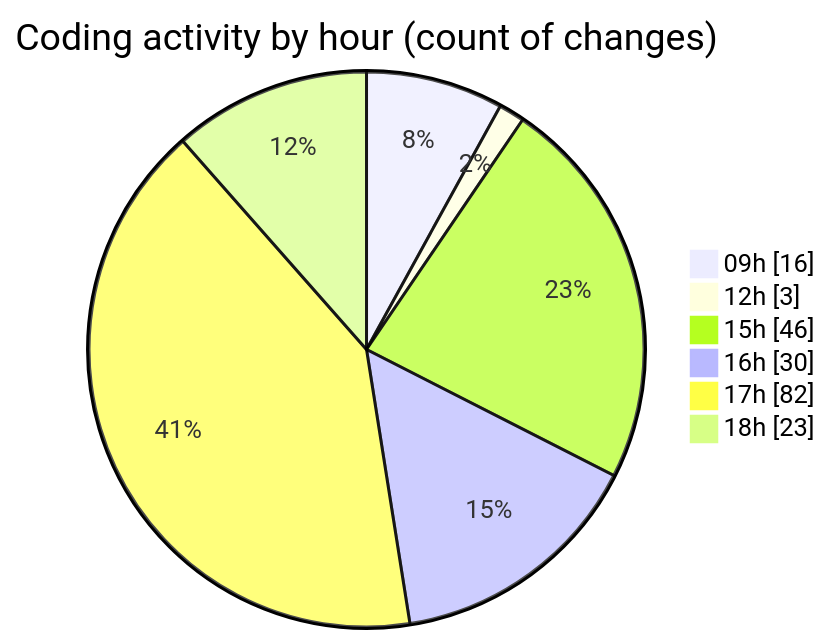
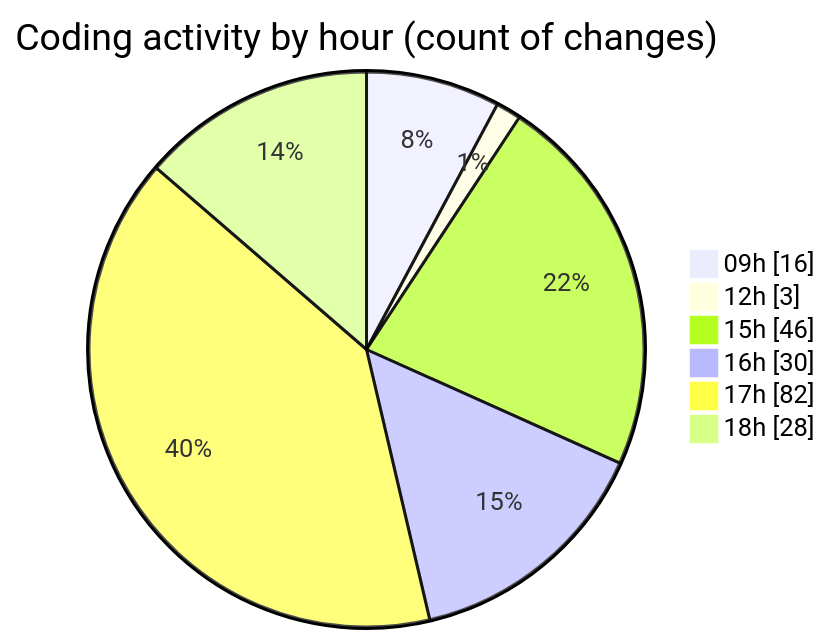
Before and after one commit to momahboobian/code-tracking: the second of 2 diagrams in 2025-07-08/cda/README.md, drawn with Mermaid. The commit also changed other lines of this file and 1 other file, not shown here.

````diff
--- a/2025-07-08/cda/README.md
+++ b/2025-07-08/cda/README.md
@@ -58,10 +59,10 @@
 ```mermaid
 pie showData
 title Coding activity by hour (count of changes)
 "09h" : 16
 "12h" : 3
 "15h" : 46
 "16h" : 30
 "17h" : 82
-"18h" : 23
+"18h" : 28
 ```
````
